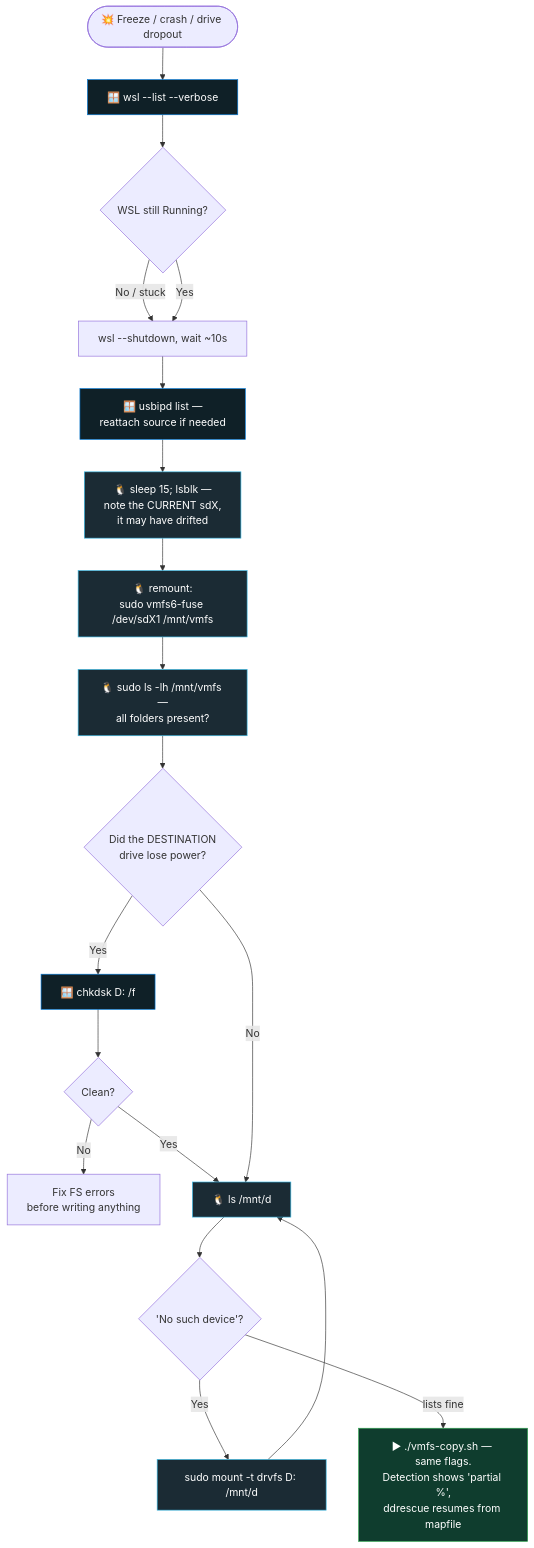
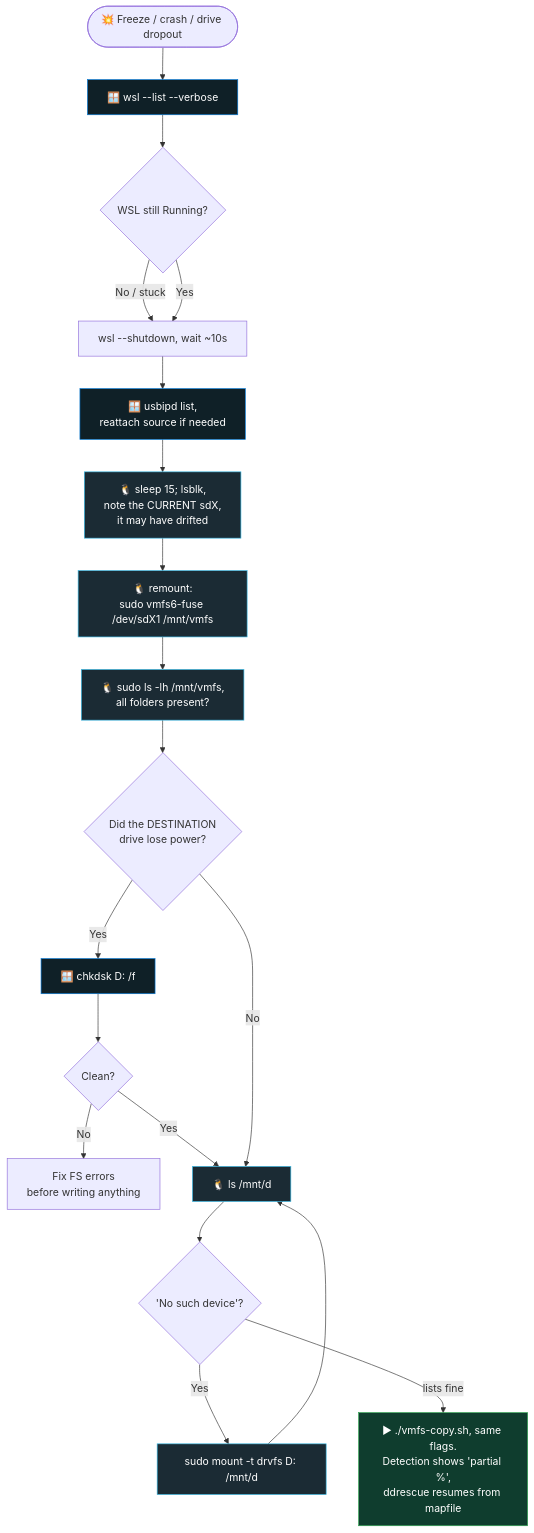
One commit to aniksarakash/VFMS_Recovery changed the third of 4 diagrams in README.md. Above: the diagram before and after it, drawn with Mermaid. The commit also changed other lines of this file and 4 other files, not shown here.

First line of the commit message:
Add vmfs-attach.ps1 and guard against stale ddrescue mapfiles

````diff
--- a/README.md
+++ b/README.md
@@ -381,25 +485,25 @@
 ```mermaid
 flowchart TD
     A(["💥 Freeze / crash / drive dropout"]) --> B["🪟 wsl --list --verbose"]
     B --> C{"WSL still Running?"}
     C -- "No / stuck" --> D["wsl --shutdown, wait ~10s"]
     C -- Yes --> D
-    D --> E["🪟 usbipd list —<br/>reattach source if needed"]
-    E --> F["🐧 sleep 15; lsblk —<br/>note the CURRENT sdX,<br/>it may have drifted"]
+    D --> E["🪟 usbipd list,<br/>reattach source if needed"]
+    E --> F["🐧 sleep 15; lsblk,<br/>note the CURRENT sdX,<br/>it may have drifted"]
     F --> G["🐧 remount:<br/>sudo vmfs6-fuse /dev/sdX1 /mnt/vmfs"]
-    G --> H["🐧 sudo ls -lh /mnt/vmfs —<br/>all folders present?"]
+    G --> H["🐧 sudo ls -lh /mnt/vmfs,<br/>all folders present?"]
     H --> I{"Did the DESTINATION<br/>drive lose power?"}
     I -- Yes --> J["🪟 chkdsk D: /f"]
     J --> K{"Clean?"}
     K -- No --> K1["Fix FS errors<br/>before writing anything"]
     K -- Yes --> L["🐧 ls /mnt/d"]
     I -- No --> L
     L --> M{"'No such device'?"}
     M -- Yes --> N["sudo mount -t drvfs D: /mnt/d"] --> L
-    M -- "lists fine" --> O["▶ ./vmfs-copy.sh — same flags.<br/>Detection shows 'partial %',<br/>ddrescue resumes from mapfile"]
+    M -- "lists fine" --> O["▶ ./vmfs-copy.sh, same flags.<br/>Detection shows 'partial %',<br/>ddrescue resumes from mapfile"]
 
     classDef win fill:#0F2027,stroke:#0078D6,color:#fff;
     classDef nix fill:#1b2b34,stroke:#39BAE6,color:#fff;
     classDef ok  fill:#0f3d2e,stroke:#2ea44f,color:#fff;
     class B,E,J win; class F,G,H,L,N nix; class O ok;
 ```
````
